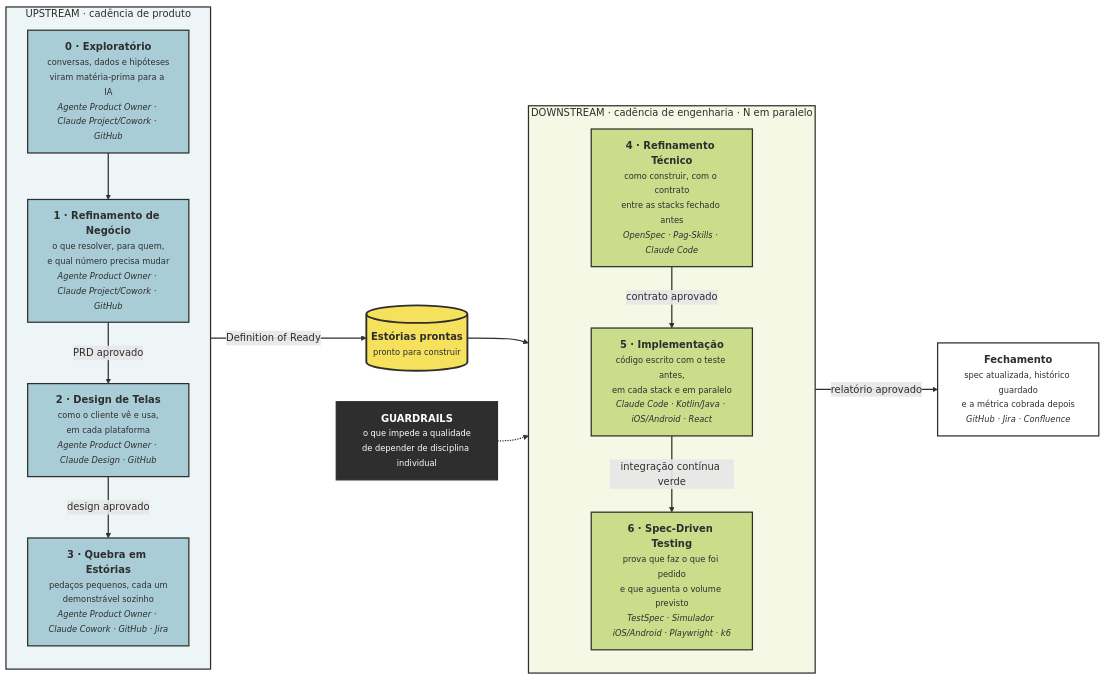
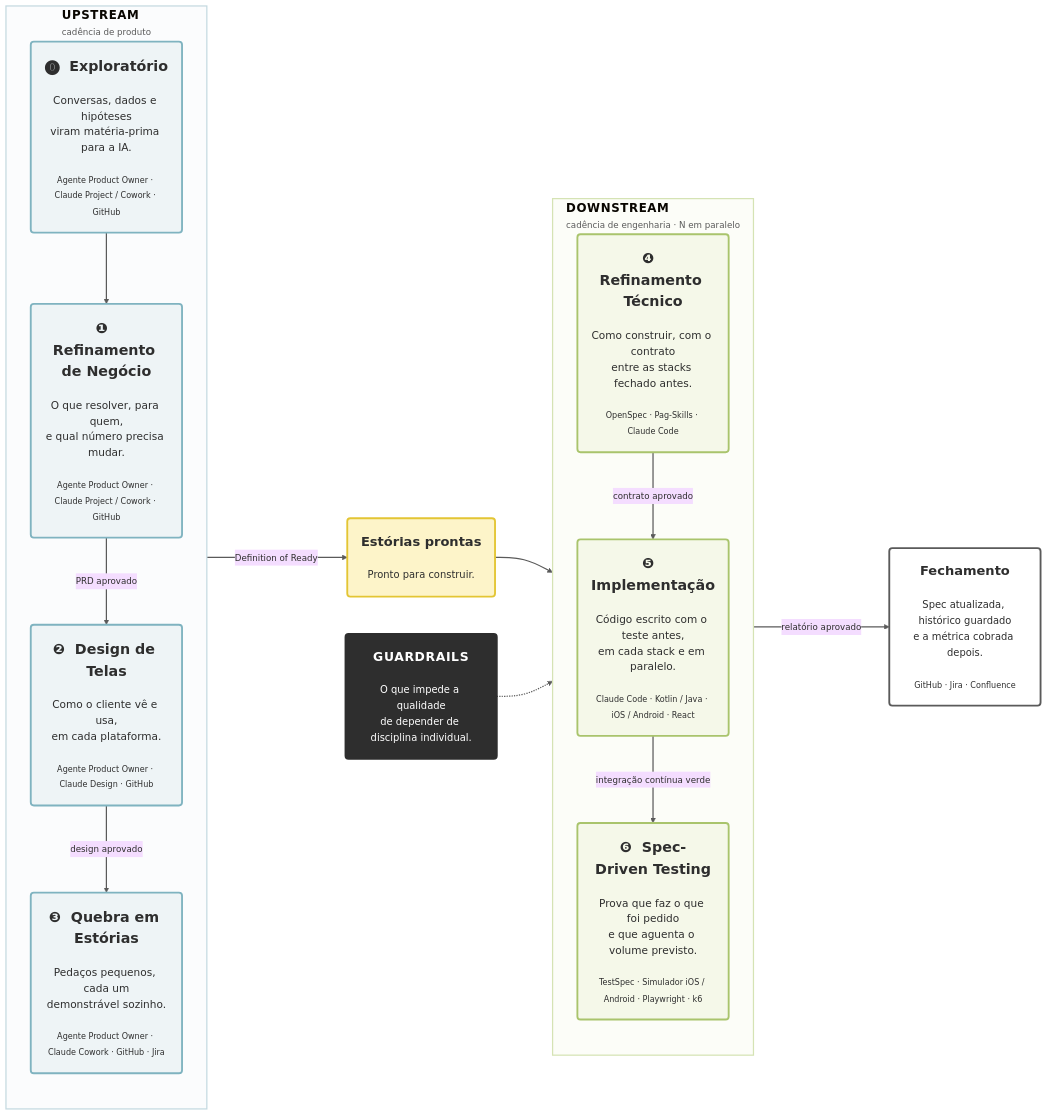
Before and after one commit to diegolirio/workflow-ai-first: the first of 5 diagrams in workflow.md, drawn with Mermaid.

````diff
--- a/workflow.md
+++ b/workflow.md
@@ -33,49 +33,50 @@
 ```mermaid
+%%{init: {"theme":"base","themeVariables":{"fontFamily":"Helvetica Neue, Helvetica, Arial, sans-serif","fontSize":"17px","lineColor":"#5A5A5A","primaryTextColor":"#2E2E2E"},"flowchart":{"htmlLabels":true,"curve":"basis","nodeSpacing":60,"rankSpacing":90,"padding":22}}}%%
 flowchart LR
-    classDef up fill:#A9CDD6,stroke:#2E2E2E,stroke-width:2px,color:#2E2E2E
-    classDef down fill:#CBDC8A,stroke:#2E2E2E,stroke-width:2px,color:#2E2E2E
-    classDef queue fill:#F5E15C,stroke:#2E2E2E,stroke-width:3px,color:#2E2E2E
-    classDef guard fill:#2E2E2E,stroke:#2E2E2E,stroke-width:2px,color:#FFFFFF
-    classDef done fill:#FFFFFF,stroke:#2E2E2E,stroke-width:2px,color:#2E2E2E
+    classDef up fill:#EEF4F6,stroke:#7FB3C0,stroke-width:3px,color:#2E2E2E
+    classDef down fill:#F5F8E9,stroke:#A9C46C,stroke-width:3px,color:#2E2E2E
+    classDef queue fill:#FDF4C9,stroke:#E3C534,stroke-width:3px,color:#2E2E2E
+    classDef guard fill:#2E2E2E,stroke:#2E2E2E,stroke-width:3px,color:#FFFFFF
+    classDef done fill:#FFFFFF,stroke:#5A5A5A,stroke-width:3px,color:#2E2E2E
 
-    subgraph UP["UPSTREAM · cadência de produto"]
+    subgraph UP["<span style='font-size:19px;font-weight:700;letter-spacing:1px'>UPSTREAM</span><br/><span style='font-size:14px;color:#5A5A5A'>cadência de produto</span>"]
         direction TB
-        EX["<b>0 · Exploratório</b><br/><small>conversas, dados e hipóteses<br/>viram matéria-prima para a IA</small><br/><small><i>Agente Product Owner · Claude Project/Cowork · GitHub</i></small>"]
-        RN["<b>1 · Refinamento de Negócio</b><br/><small>o que resolver, para quem,<br/>e qual número precisa mudar</small><br/><small><i>Agente Product Owner · Claude Project/Cowork · GitHub</i></small>"]
-        TL["<b>2 · Design de Telas</b><br/><small>como o cliente vê e usa,<br/>em cada plataforma</small><br/><small><i>Agente Product Owner · Claude Design · GitHub</i></small>"]
-        QE["<b>3 · Quebra em Estórias</b><br/><small>pedaços pequenos, cada um<br/>demonstrável sozinho</small><br/><small><i>Agente Product Owner · Claude Cowork · GitHub · Jira</i></small>"]
+        EX("<span style='font-size:23px;font-weight:700'>⓿&nbsp; Exploratório</span><br/><br/><span style='font-size:17px'>Conversas, dados e hipóteses<br/>viram matéria-prima para a IA.</span><br/><br/><span style='font-size:13px;color:#5A5A5A'>Agente Product Owner · Claude Project / Cowork · GitHub</span>")
+        RN("<span style='font-size:23px;font-weight:700'>❶&nbsp; Refinamento de Negócio</span><br/><br/><span style='font-size:17px'>O que resolver, para quem,<br/>e qual número precisa mudar.</span><br/><br/><span style='font-size:13px;color:#5A5A5A'>Agente Product Owner · Claude Project / Cowork · GitHub</span>")
+        TL("<span style='font-size:23px;font-weight:700'>❷&nbsp; Design de Telas</span><br/><br/><span style='font-size:17px'>Como o cliente vê e usa,<br/>em cada plataforma.</span><br/><br/><span style='font-size:13px;color:#5A5A5A'>Agente Product Owner · Claude Design · GitHub</span>")
+        QE("<span style='font-size:23px;font-weight:700'>❸&nbsp; Quebra em Estórias</span><br/><br/><span style='font-size:17px'>Pedaços pequenos, cada um<br/>demonstrável sozinho.</span><br/><br/><span style='font-size:13px;color:#5A5A5A'>Agente Product Owner · Claude Cowork · GitHub · Jira</span>")
         EX --> RN
-        RN -->|"PRD aprovado"| TL
-        TL -->|"design aprovado"| QE
+        RN -->|"<span style='font-size:14px'>PRD aprovado</span>"| TL
+        TL -->|"<span style='font-size:14px'>design aprovado</span>"| QE
     end
 
-    FILA[("<b>Estórias prontas</b><br/><small>pronto para construir</small>")]
+    FILA("<span style='font-size:21px;font-weight:700'>Estórias prontas</span><br/><br/><span style='font-size:16px'>Pronto para construir.</span>")
 
-    subgraph DOWN["DOWNSTREAM · cadência de engenharia · N em paralelo"]
+    subgraph DOWN["<span style='font-size:19px;font-weight:700;letter-spacing:1px'>DOWNSTREAM</span><br/><span style='font-size:14px;color:#5A5A5A'>cadência de engenharia · N em paralelo</span>"]
         direction TB
-        RT["<b>4 · Refinamento Técnico</b><br/><small>como construir, com o contrato<br/>entre as stacks fechado antes</small><br/><small><i>OpenSpec · Pag-Skills · Claude Code</i></small>"]
-        IMPL["<b>5 · Implementação</b><br/><small>código escrito com o teste antes,<br/>em cada stack e em paralelo</small><br/><small><i>Claude Code · Kotlin/Java · iOS/Android · React</i></small>"]
-        TEST["<b>6 · Spec-Driven Testing</b><br/><small>prova que faz o que foi pedido<br/>e que aguenta o volume previsto</small><br/><small><i>TestSpec · Simulador iOS/Android · Playwright · k6</i></small>"]
-        RT -->|"contrato aprovado"| IMPL
-        IMPL -->|"integração contínua verde"| TEST
+        RT("<span style='font-size:23px;font-weight:700'>❹&nbsp; Refinamento Técnico</span><br/><br/><span style='font-size:17px'>Como construir, com o contrato<br/>entre as stacks fechado antes.</span><br/><br/><span style='font-size:13px;color:#5A5A5A'>OpenSpec · Pag-Skills · Claude Code</span>")
+        IMPL("<span style='font-size:23px;font-weight:700'>❺&nbsp; Implementação</span><br/><br/><span style='font-size:17px'>Código escrito com o teste antes,<br/>em cada stack e em paralelo.</span><br/><br/><span style='font-size:13px;color:#5A5A5A'>Claude Code · Kotlin / Java · iOS / Android · React</span>")
+        TEST("<span style='font-size:23px;font-weight:700'>❻&nbsp; Spec-Driven Testing</span><br/><br/><span style='font-size:17px'>Prova que faz o que foi pedido<br/>e que aguenta o volume previsto.</span><br/><br/><span style='font-size:13px;color:#5A5A5A'>TestSpec · Simulador iOS / Android · Playwright · k6</span>")
+        RT -->|"<span style='font-size:14px'>contrato aprovado</span>"| IMPL
+        IMPL -->|"<span style='font-size:14px'>integração contínua verde</span>"| TEST
     end
 
-    GR["<b>GUARDRAILS</b><br/><small>o que impede a qualidade<br/>de depender de disciplina individual</small>"]
+    GR("<span style='font-size:20px;font-weight:700;letter-spacing:1px'>GUARDRAILS</span><br/><br/><span style='font-size:16px'>O que impede a qualidade<br/>de depender de disciplina individual.</span>")
 
-    FIM["<b>Fechamento</b><br/><small>spec atualizada, histórico guardado<br/>e a métrica cobrada depois</small><br/><small><i>GitHub · Jira · Confluence</i></small>"]
+    FIM("<span style='font-size:21px;font-weight:700'>Fechamento</span><br/><br/><span style='font-size:16px'>Spec atualizada, histórico guardado<br/>e a métrica cobrada depois.</span><br/><br/><span style='font-size:13px;color:#5A5A5A'>GitHub · Jira · Confluence</span>")
 
-    QE -->|"Definition of Ready"| FILA
+    QE -->|"<span style='font-size:14px'>Definition of Ready</span>"| FILA
     FILA --> RT
-    TEST -->|"relatório aprovado"| FIM
+    TEST -->|"<span style='font-size:14px'>relatório aprovado</span>"| FIM
     GR -.-> DOWN
 
     class EX,RN,TL,QE up
     class RT,IMPL,TEST down
     class FILA queue
     class GR guard
     class FIM done
 
-    style UP fill:#EDF5F7,stroke:#2E2E2E,stroke-width:2px,color:#2E2E2E
-    style DOWN fill:#F4F8E4,stroke:#2E2E2E,stroke-width:2px,color:#2E2E2E
-    linkStyle default stroke:#2E2E2E,stroke-width:2px,color:#2E2E2E
+    style UP fill:#FBFCFD,stroke:#C4D9E0,stroke-width:2px
+    style DOWN fill:#FCFDF8,stroke:#D5E3B4,stroke-width:2px
+    linkStyle default stroke:#5A5A5A,stroke-width:2px
 ```
````
